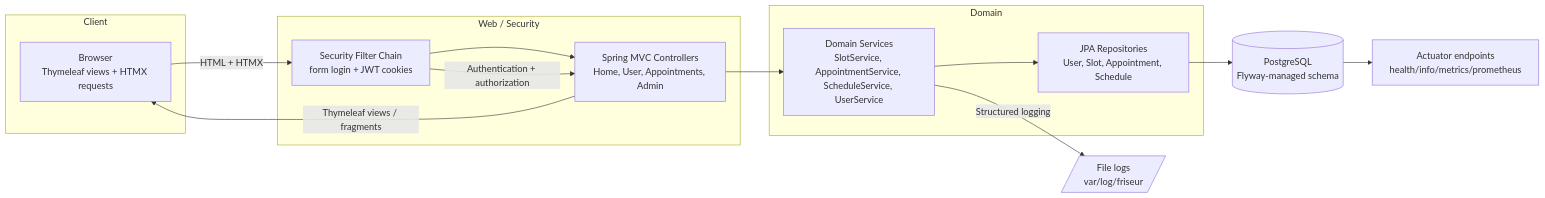
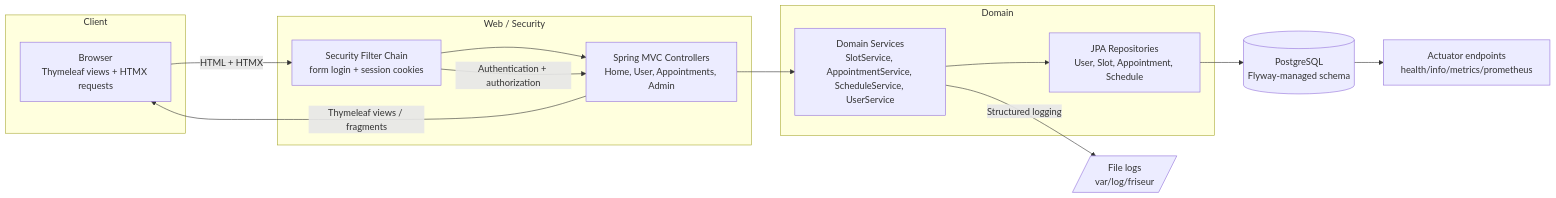
Before and after one commit to IgorProkhorchuk/friseur: the first of 2 diagrams in ARCHITECTURE.md, drawn with Mermaid. The commit also changed other lines of this file and 28 other files, not shown here.

Commit message:
Remove JWT auth and use session remember-me

````diff
--- a/ARCHITECTURE.md
+++ b/ARCHITECTURE.md
@@ -7,26 +7,26 @@
 ```mermaid
 flowchart LR
   subgraph Client
     UI[Browser\nThymeleaf views + HTMX requests]
   end
 
   subgraph Edge["Web / Security"]
-    Filter[Security Filter Chain\nform login + JWT cookies]
+    Filter[Security Filter Chain\nform login + session cookies]
     MVC[Spring MVC Controllers\nHome, User, Appointments, Admin]
   end
 
   subgraph Domain
     Services[Domain Services\nSlotService, AppointmentService, ScheduleService, UserService]
     Repos[JPA Repositories\nUser, Slot, Appointment, Schedule]
   end
 
   DB[(PostgreSQL\nFlyway-managed schema)]
   Actuator[Actuator endpoints\nhealth/info/metrics/prometheus]
   Logs[/File logs\nvar/log/friseur/]
 
   UI -->|HTML + HTMX| Filter --> MVC --> Services --> Repos --> DB
   Filter -->|Authentication + authorization| MVC
   MVC -->|Thymeleaf views / fragments| UI
   DB --> Actuator
   Services -->|Structured logging| Logs
 ```
````
